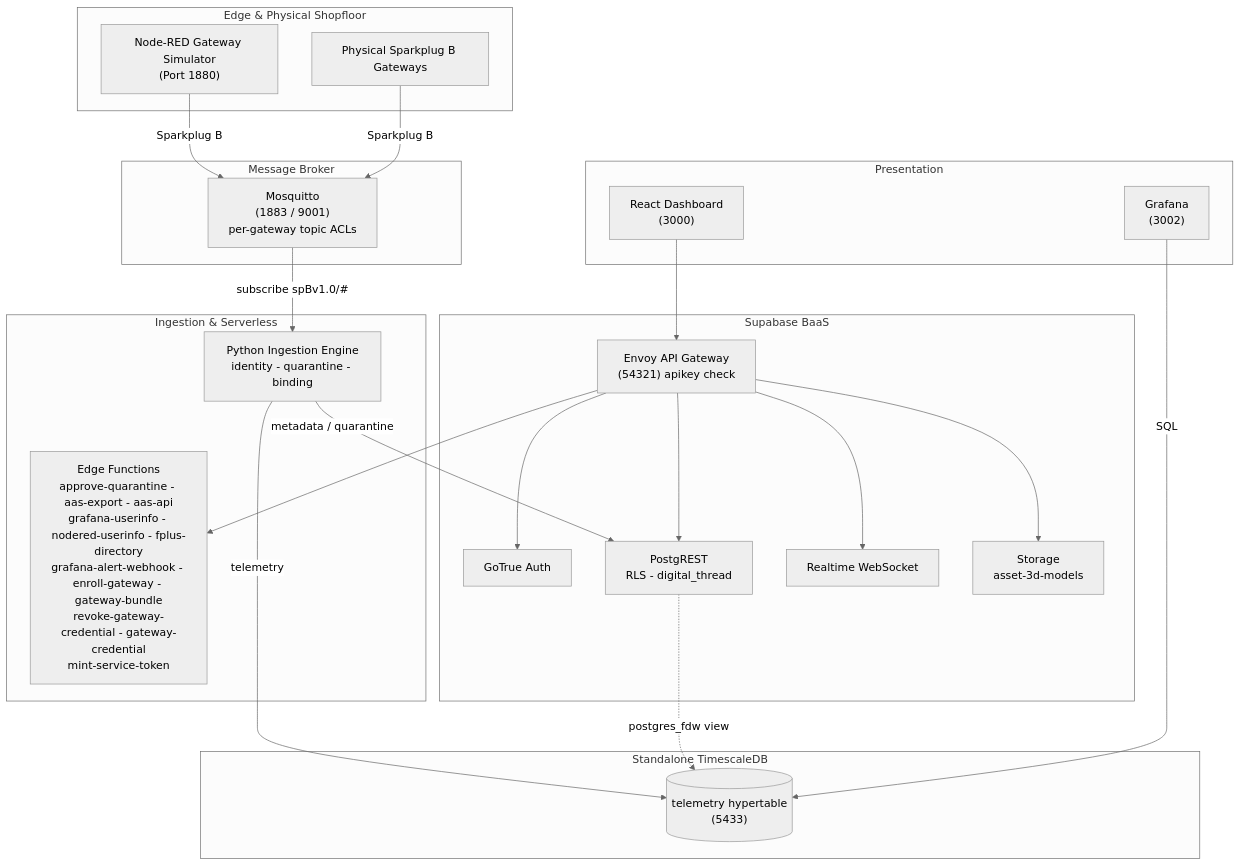
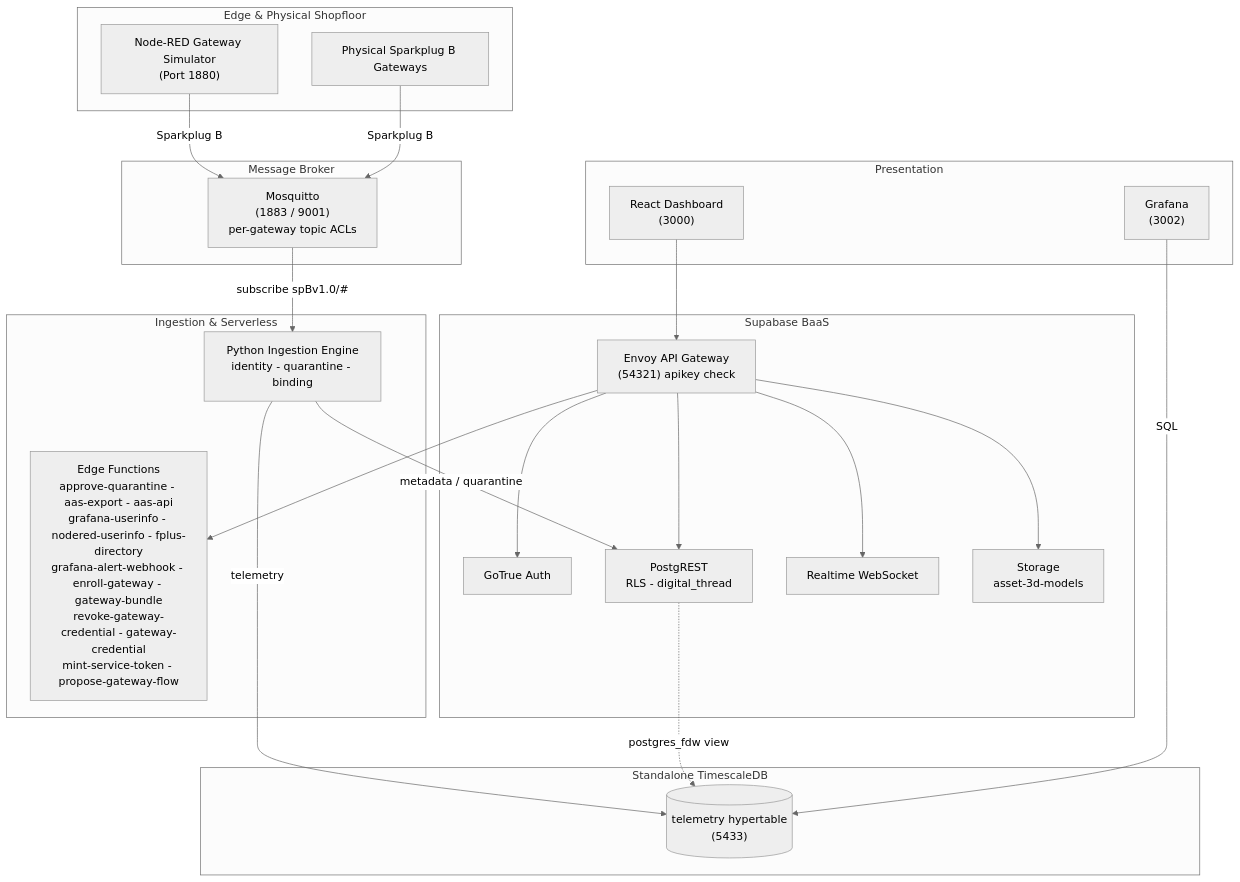
Before and after one commit to Harri-Llewelyn/Aber: the diagram in README.md, drawn with Mermaid (neutral theme). The commit also changed other lines of this file and 11 other files, not shown here.

````diff
--- a/README.md
+++ b/README.md
@@ -30,47 +30,47 @@
 ```mermaid
 flowchart TB
     subgraph Edge ["Edge & Physical Shopfloor"]
         NR["Node-RED Gateway Simulator<br/>(Port 1880)"]
         DEV["Physical Sparkplug B Gateways"]
     end
 
     subgraph Messaging ["Message Broker"]
         MQTT["Mosquitto<br/>(1883 / 9001)<br/>per-gateway topic ACLs"]
     end
 
     subgraph Processing ["Ingestion & Serverless"]
         ING["Python Ingestion Engine<br/>identity - quarantine - binding"]
-        EF["Edge Functions<br/>approve-quarantine - aas-export - aas-api<br/>grafana-userinfo - nodered-userinfo - fplus-directory<br/>grafana-alert-webhook - enroll-gateway - gateway-bundle<br/>revoke-gateway-credential - gateway-credential<br/>mint-service-token"]
+        EF["Edge Functions<br/>approve-quarantine - aas-export - aas-api<br/>grafana-userinfo - nodered-userinfo - fplus-directory<br/>grafana-alert-webhook - enroll-gateway - gateway-bundle<br/>revoke-gateway-credential - gateway-credential<br/>mint-service-token - propose-gateway-flow"]
     end
 
     subgraph Supabase ["Supabase BaaS"]
         GW["Envoy API Gateway<br/>(54321) apikey check"]
         AUTH["GoTrue Auth"]
         PGRST["PostgREST<br/>RLS - digital_thread"]
         RT["Realtime WebSocket"]
         STO["Storage<br/>asset-3d-models"]
     end
 
     subgraph TSDB ["Standalone TimescaleDB"]
         TS[("telemetry hypertable<br/>(5433)")]
     end
 
     subgraph UX ["Presentation"]
         UI["React Dashboard<br/>(3000)"]
         GRAF["Grafana<br/>(3002)"]
     end
 
     NR -->|Sparkplug B| MQTT
     DEV -->|Sparkplug B| MQTT
     MQTT -->|subscribe spBv1.0/#| ING
     ING -->|metadata / quarantine| PGRST
     ING -->|telemetry| TS
     UI --> GW
     GW --> AUTH
     GW --> PGRST
     GW --> RT
     GW --> STO
     GW --> EF
     PGRST -.->|postgres_fdw view| TS
     GRAF -->|SQL| TS
 ```
````
